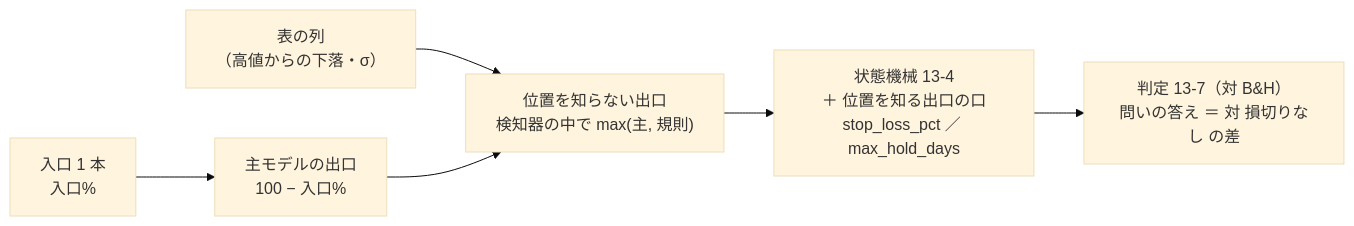
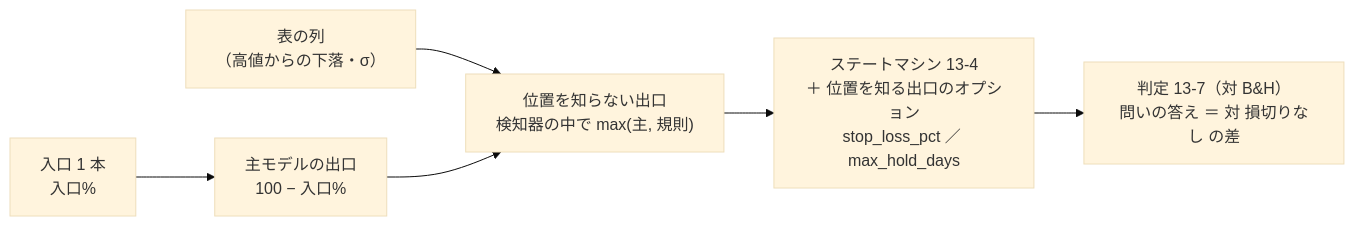
One commit to akiraak/ai-income-lab changed diagram 21 of 38 in docs/specs/experiments/feature-discovery/rules.md. Above: the diagram before and after it, drawn with Mermaid (base theme). The commit also changed other lines of this file and 45 other files, not shown here.

````diff
--- a/docs/specs/experiments/feature-discovery/rules.md
+++ b/docs/specs/experiments/feature-discovery/rules.md
@@ -1399,8 +1399,8 @@
 ```mermaid
 flowchart LR
   E["入口 1 本<br/>入口%"] --> M["主モデルの出口<br/>100 − 入口%"]
   T["表の列<br/>（高値からの下落・σ）"] --> R["位置を知らない出口<br/>検知器の中で max(主, 規則)"]
   M --> R
-  R --> S["状態機械 13-4<br/>＋ 位置を知る出口の口<br/>stop_loss_pct ／ max_hold_days"]
+  R --> S["ステートマシン 13-4<br/>＋ 位置を知る出口のオプション<br/>stop_loss_pct ／ max_hold_days"]
   S --> J["判定 13-7（対 B&amp;H）<br/>問いの答え ＝ 対 損切りなし の差"]
 ```
````
